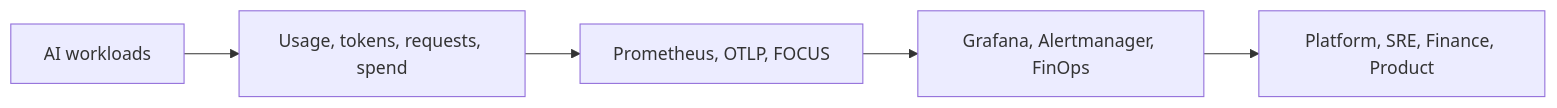
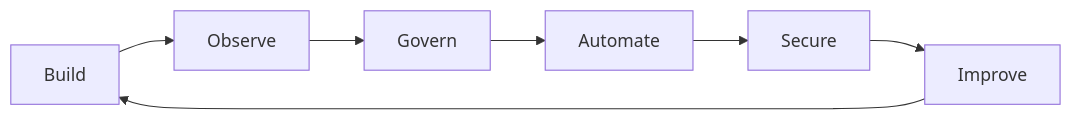
One commit to xops-labs/.github changed the diagram in profile/README.md. Above: the diagram before and after it, drawn with Mermaid. The commit also changed other lines of this file, not shown here.

````diff
--- a/profile/README.md
+++ b/profile/README.md
@@ -35,7 +40,9 @@
 ```mermaid
 flowchart LR
-    Workloads["AI workloads"] --> Signals["Usage, tokens, requests, spend"]
-    Signals --> Exporters["Prometheus, OTLP, FOCUS"]
-    Exporters --> Ops["Grafana, Alertmanager, FinOps"]
-    Ops --> Teams["Platform, SRE, Finance, Product"]
+    Build["Build"] --> Observe["Observe"]
+    Observe --> Govern["Govern"]
+    Govern --> Automate["Automate"]
+    Automate --> Secure["Secure"]
+    Secure --> Improve["Improve"]
+    Improve --> Build
 ```
````
